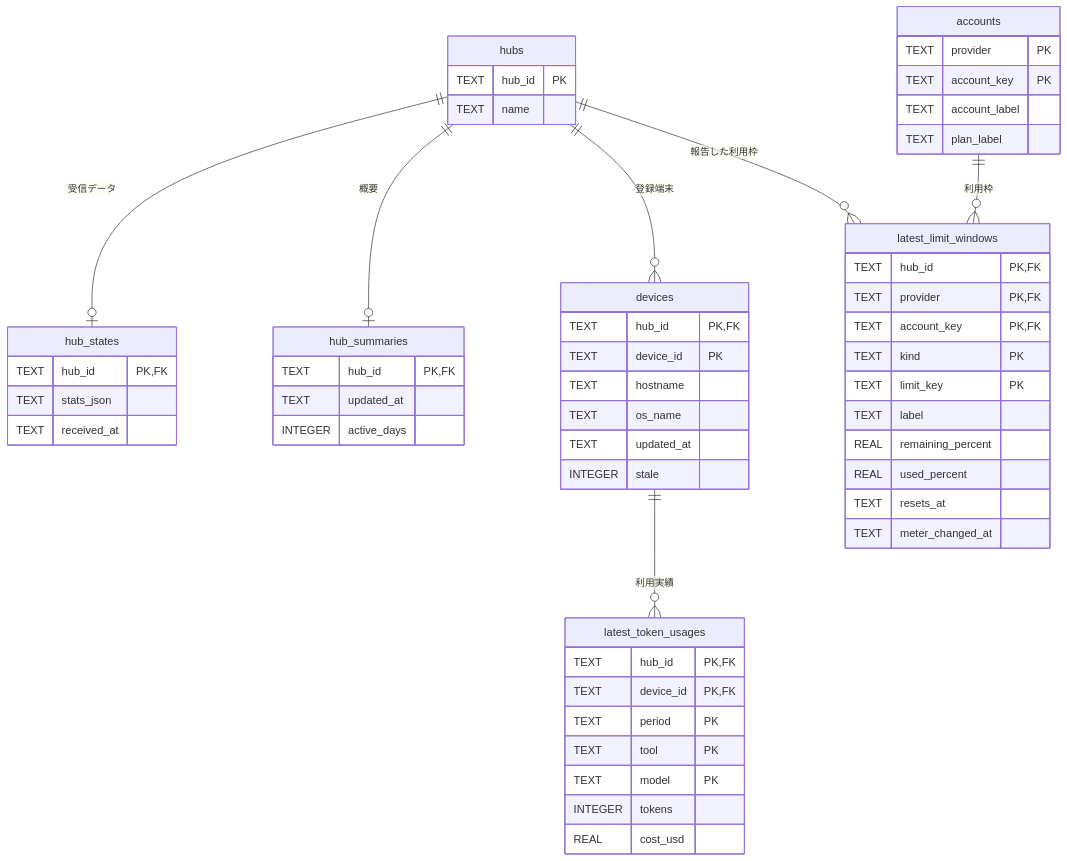
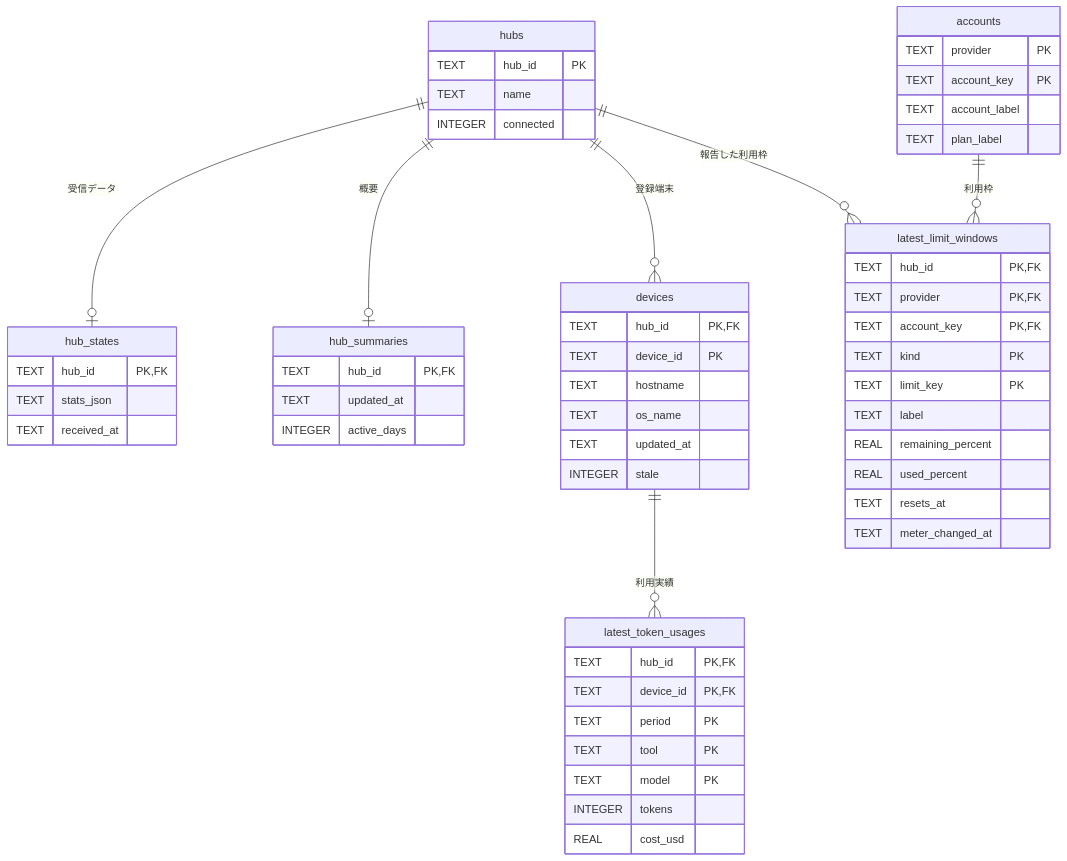
The diagram in docs/design/data.md (nuitsjp/multi-token-monitor), drawn with Mermaid before and after one commit. The commit also changed other lines of this file and 5 other files, not shown here.

````diff
--- a/docs/design/data.md
+++ b/docs/design/data.md
@@ -7,58 +7,59 @@
 ```mermaid
 erDiagram
   hubs ||--o| hub_states : "受信データ"
   hubs ||--o| hub_summaries : "概要"
   hubs ||--o{ devices : "登録端末"
   devices ||--o{ latest_token_usages : "利用実績"
   hubs ||--o{ latest_limit_windows : "報告した利用枠"
   accounts ||--o{ latest_limit_windows : "利用枠"
   hubs {
     TEXT hub_id PK
     TEXT name
+    INTEGER connected
   }
   hub_states {
     TEXT hub_id PK,FK
     TEXT stats_json
     TEXT received_at
   }
   hub_summaries {
     TEXT hub_id PK,FK
     TEXT updated_at
     INTEGER active_days
   }
   devices {
     TEXT hub_id PK,FK
     TEXT device_id PK
     TEXT hostname
     TEXT os_name
     TEXT updated_at
     INTEGER stale
   }
   latest_token_usages {
     TEXT hub_id PK,FK
     TEXT device_id PK,FK
     TEXT period PK
     TEXT tool PK
     TEXT model PK
     INTEGER tokens
     REAL cost_usd
   }
   accounts {
     TEXT provider PK
     TEXT account_key PK
     TEXT account_label
     TEXT plan_label
   }
   latest_limit_windows {
     TEXT hub_id PK,FK
     TEXT provider PK,FK
     TEXT account_key PK,FK
     TEXT kind PK
     TEXT limit_key PK
     TEXT label
     REAL remaining_percent
     REAL used_percent
     TEXT resets_at
     TEXT meter_changed_at
   }
 ```
````
